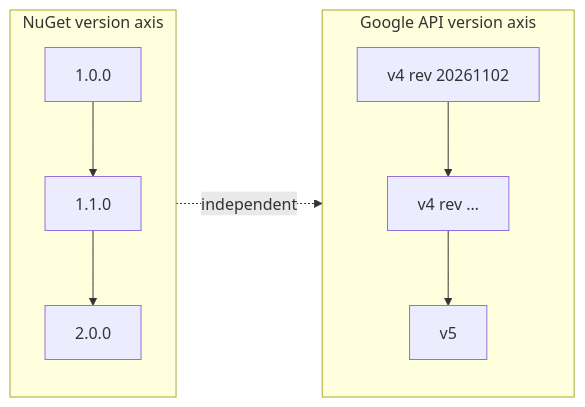
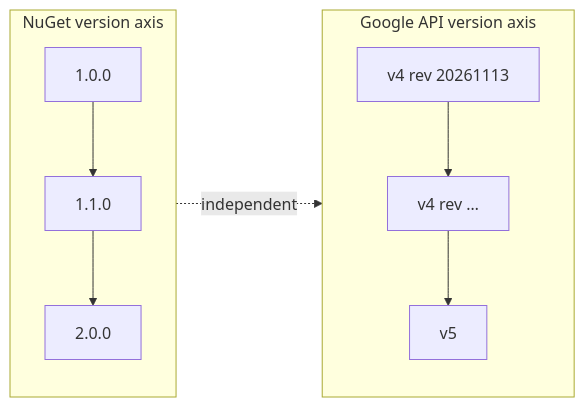
One commit to kkdev92/health-data-dotnet changed the diagram in docs/compatibility.md. Above: the diagram before and after it, drawn with Mermaid. The commit also changed 253 other files, not shown here.

````diff
--- a/docs/compatibility.md
+++ b/docs/compatibility.md
@@ -6,10 +6,10 @@
 ```mermaid
 flowchart LR
     subgraph NUGET["NuGet version axis"]
         N1["1.0.0"] --> N2["1.1.0"] --> N3["2.0.0"]
     end
     subgraph GOOGLE["Google API version axis"]
-        G1["v4 rev 20261102"] --> G2["v4 rev …"] --> G3["v5"]
+        G1["v4 rev 20261113"] --> G2["v4 rev …"] --> G3["v5"]
     end
     NUGET -.->|"independent"| GOOGLE
 ```
````
